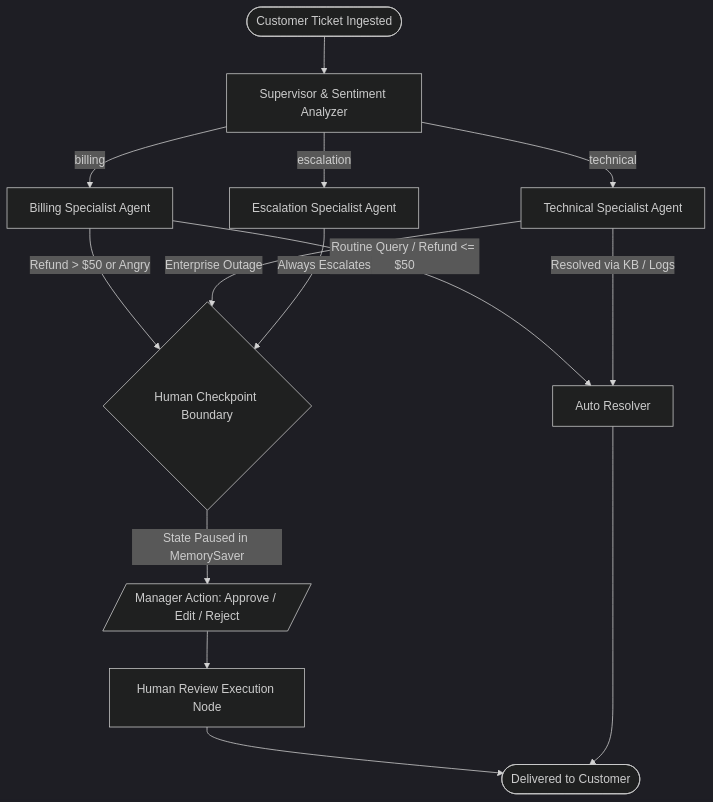
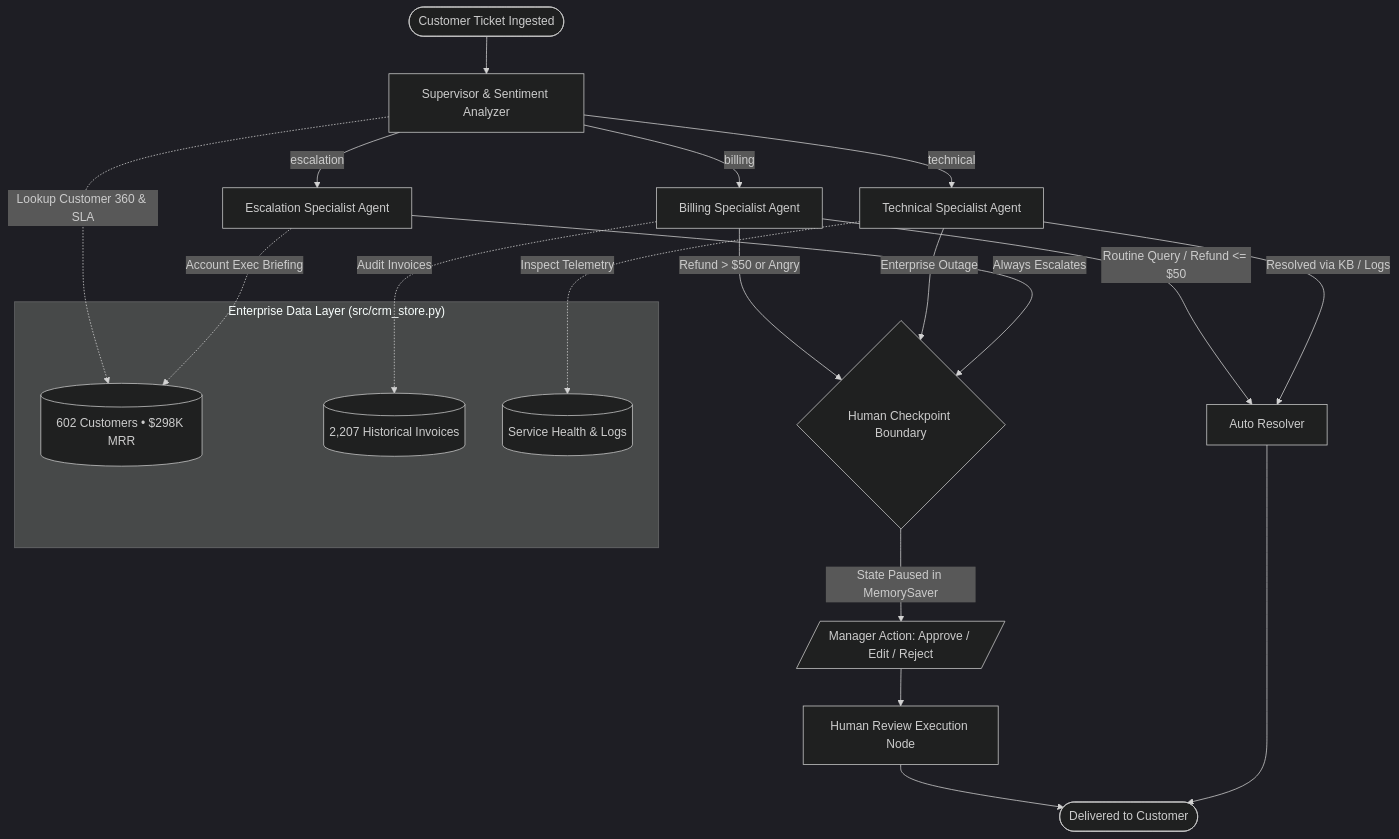
One commit to thepraveenrai/customer-support-triage-agent changed the diagram in README.md. Above: the diagram before and after it, drawn with Mermaid (dark theme). The commit also changed other lines of this file and 18 other files, not shown here.

````diff
--- a/README.md
+++ b/README.md
@@ -27,22 +32,33 @@
 ```mermaid
 flowchart TD
     Start([Customer Ticket Ingested]) --> Supervisor[Supervisor & Sentiment Analyzer]
+    
+    subgraph CRM ["Enterprise Data Layer (src/crm_store.py)"]
+        Customers[(602 Customers • $298K MRR)]
+        Invoices[(2,207 Historical Invoices)]
+        Telemetry[(Service Health & Logs)]
+    end
 
+    Supervisor -.->|Lookup Customer 360 & SLA| Customers
     Supervisor -->|billing| BillingAgent[Billing Specialist Agent]
     Supervisor -->|technical| TechAgent[Technical Specialist Agent]
     Supervisor -->|escalation| EscalationAgent[Escalation Specialist Agent]
+
+    BillingAgent -.->|Audit Invoices| Invoices
+    TechAgent -.->|Inspect Telemetry| Telemetry
+    EscalationAgent -.->|Account Exec Briefing| Customers
 
     BillingAgent -->|Refund > $50 or Angry| HumanCheckpoint{Human Checkpoint Boundary}
     BillingAgent -->|Routine Query / Refund <= $50| AutoResolver[Auto Resolver]
 
     TechAgent -->|Enterprise Outage| HumanCheckpoint
     TechAgent -->|Resolved via KB / Logs| AutoResolver
 
     EscalationAgent -->|Always Escalates| HumanCheckpoint
 
     HumanCheckpoint -->|State Paused in MemorySaver| HumanAction[/Manager Action: Approve / Edit / Reject/]
     HumanAction --> HumanReviewNode[Human Review Execution Node]
 
     HumanReviewNode --> EndNode([Delivered to Customer])
     AutoResolver --> EndNode
 ```
````
